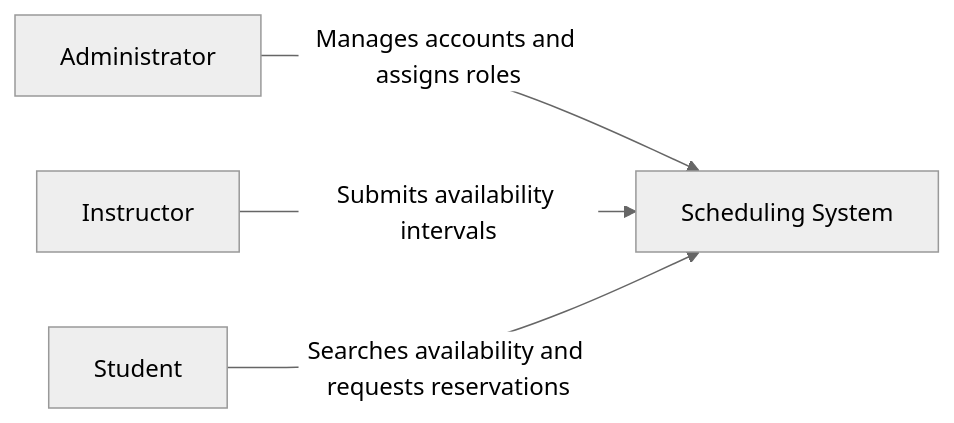
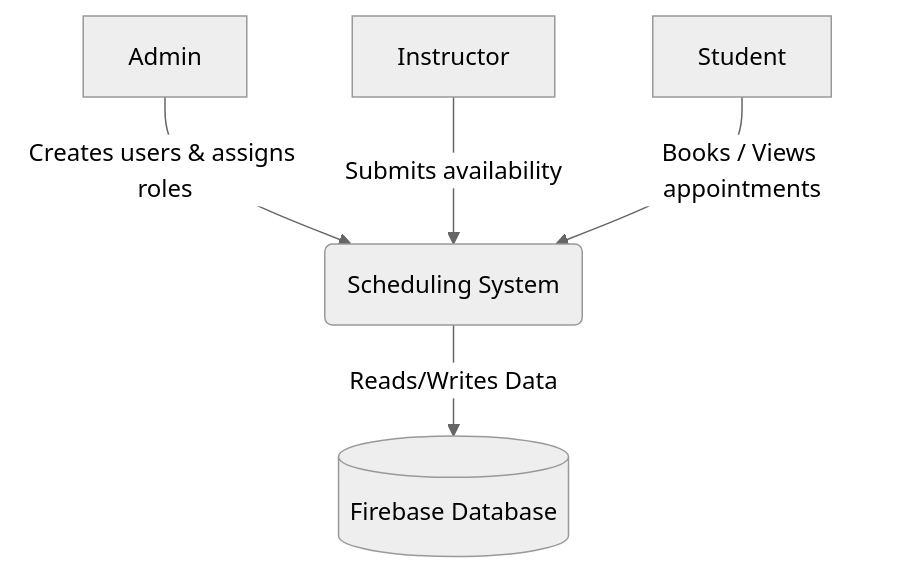
Before and after one commit to SENG321-SchedulingSystem/Appointment-and-Class-Scheduling-System: the diagram in README.md, drawn with Mermaid (neutral theme). The commit also changed 1 other file, not shown here.

Commit message:
Fix: Update system boundary diagram to include Admin

```diff
--- a/README.md
+++ b/README.md
@@ -10,6 +10,7 @@
 ~~~mermaid
-flowchart LR
-    Admin[Administrator] -->|Manages accounts and assigns roles| System[Scheduling System]
-    Instructor[Instructor] -->|Submits availability intervals| System
-    Student[Student] -->|Searches availability and requests reservations| System
+graph TD
+  Admin[Admin] -->|Creates users & assigns roles| System(Scheduling System)
+  Instructor[Instructor] -->|Submits availability| System
+  Student[Student] -->|Books / Views appointments| System
+  System -->|Reads/Writes Data| DB[(Firebase Database)]
 ~~~
```
